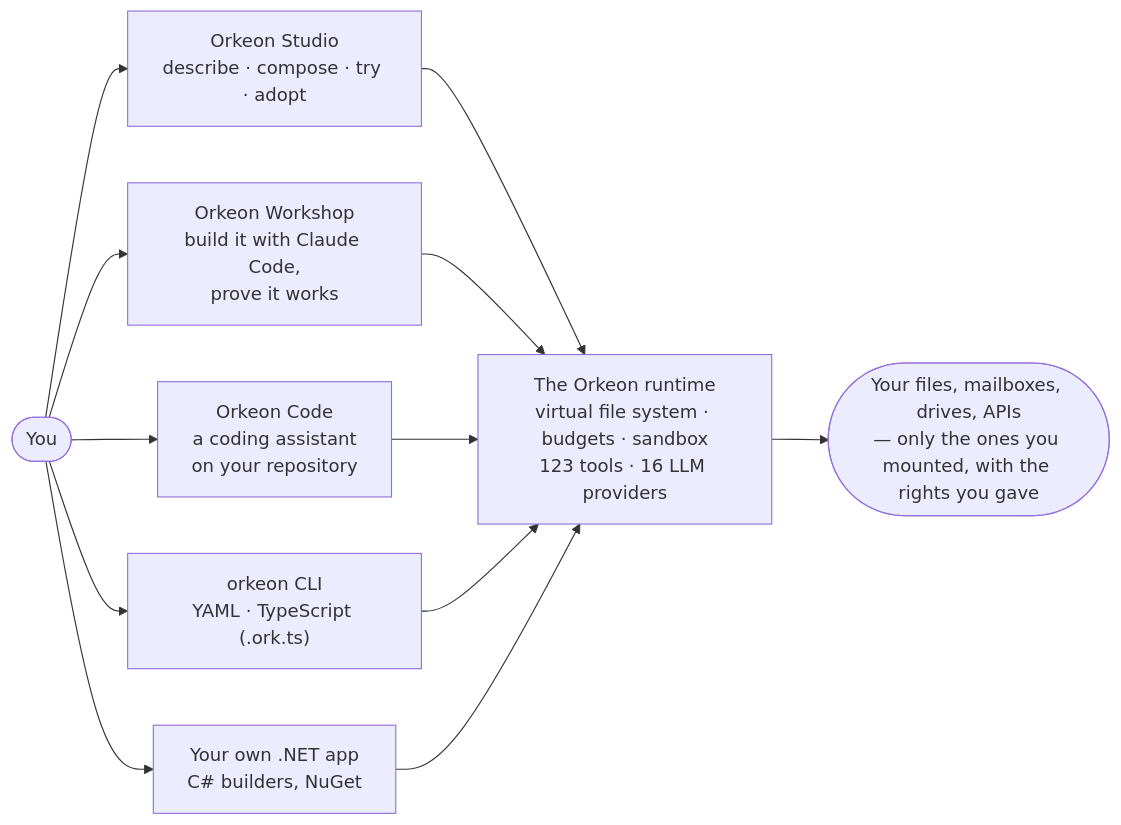
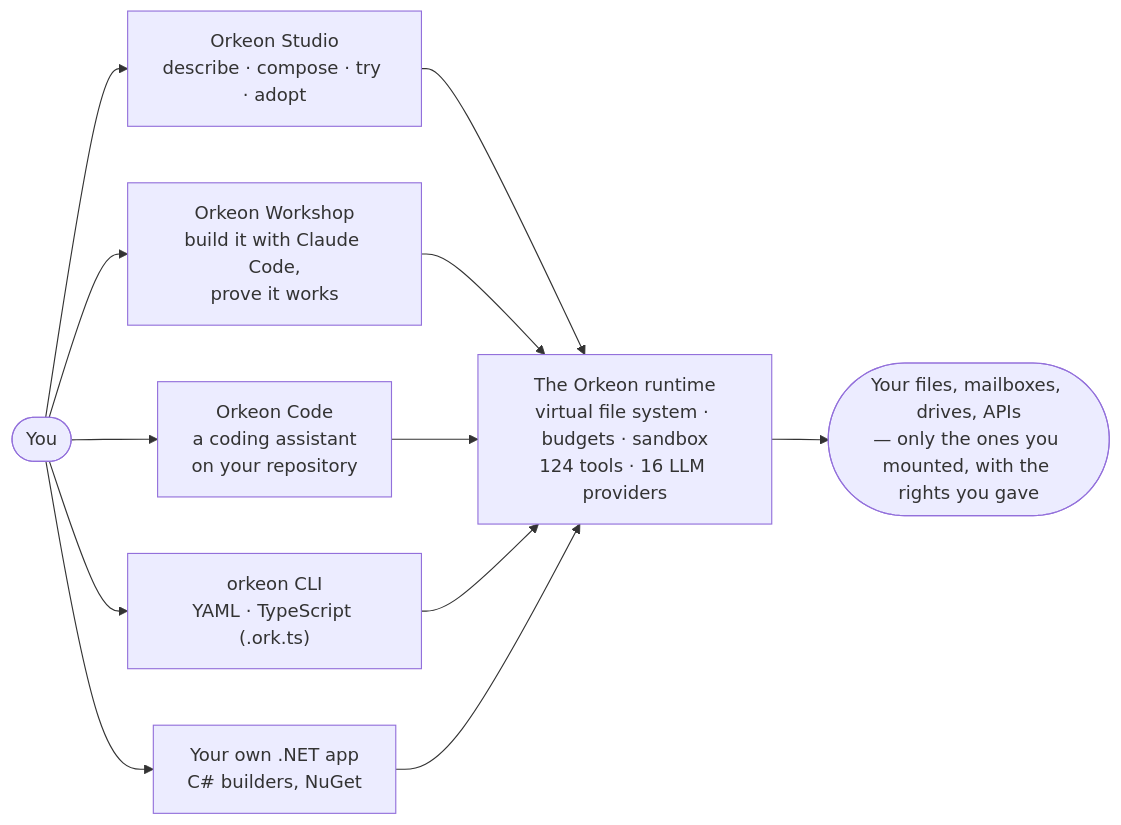
The diagram in README.md (Orkeon/orkeon), drawn with Mermaid before and after one commit. The commit also changed other lines of this file and 31 other files, not shown here.

````diff
--- a/README.md
+++ b/README.md
@@ -30,10 +30,10 @@
 ```mermaid
 flowchart LR
     you(["You"]) --> studio["Orkeon Studio<br/>describe · compose · try · adopt"]
     you --> workshop["Orkeon Workshop<br/>build it with Claude Code,<br/>prove it works"]
     you --> code["Orkeon Code<br/>a coding assistant<br/>on your repository"]
     you --> cli["orkeon CLI<br/>YAML · TypeScript (.ork.ts)"]
     you --> app["Your own .NET app<br/>C# builders, NuGet"]
-    studio & workshop & code & cli & app --> runtime["The Orkeon runtime<br/>virtual file system · budgets · sandbox<br/>123 tools · 16 LLM providers"]
+    studio & workshop & code & cli & app --> runtime["The Orkeon runtime<br/>virtual file system · budgets · sandbox<br/>124 tools · 16 LLM providers"]
     runtime --> world(["Your files, mailboxes, drives, APIs<br/>— only the ones you mounted, with the rights you gave"])
 ```
````
